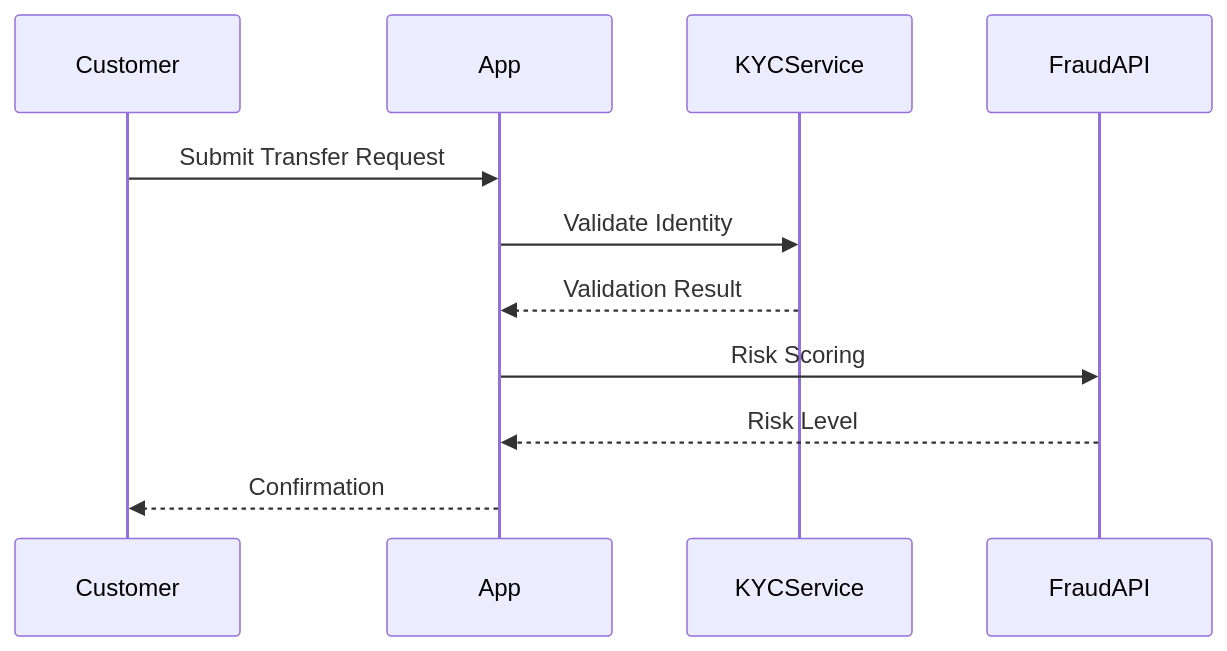
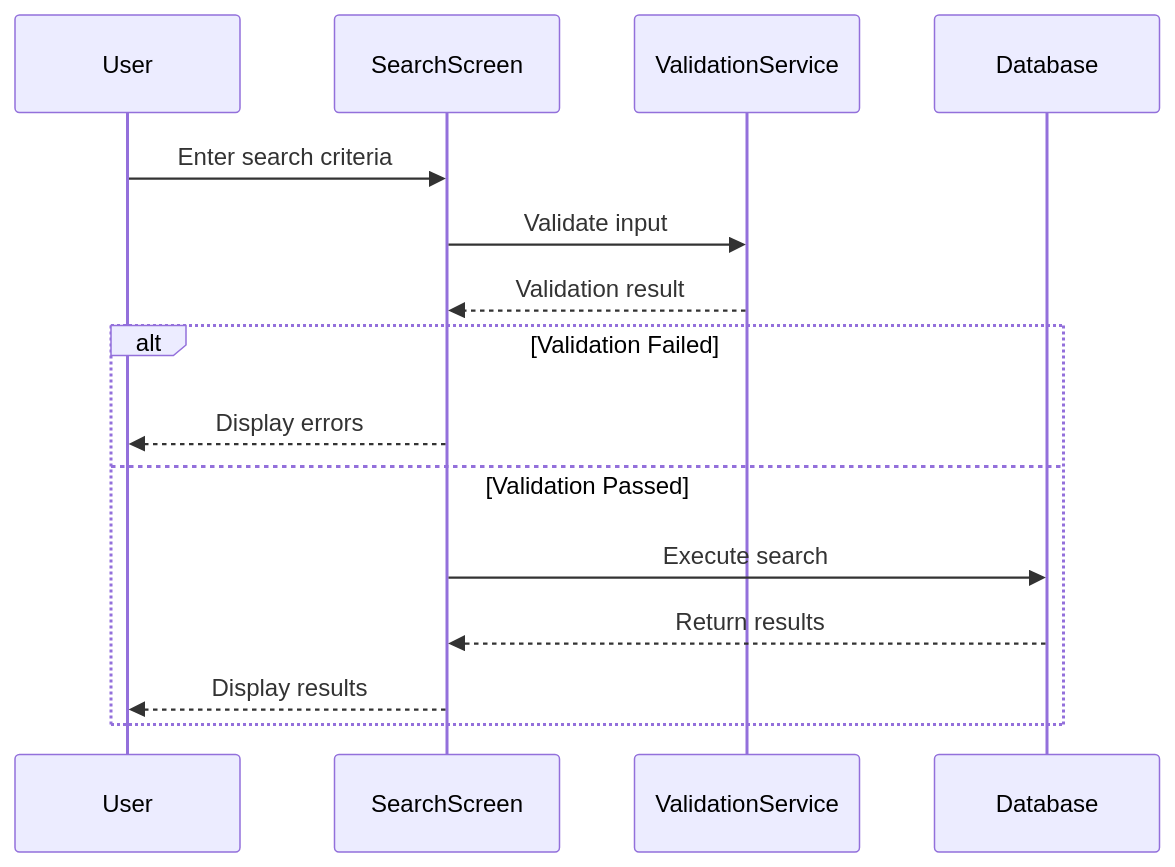
One commit to sumanpapanaboina1983/codesense-ai changed the diagram in backend/src/brd_generator/templates/brd-template.md. Above: the diagram before and after it, drawn with Mermaid. The commit also changed other lines of this file and 32 other files, not shown here.

````diff
--- a/backend/src/brd_generator/templates/brd-template.md
+++ b/backend/src/brd_generator/templates/brd-template.md
@@ -86,14 +170,18 @@
 ```mermaid
 sequenceDiagram
-    participant Customer
-    participant App
-    participant KYCService
-    participant FraudAPI
+    participant User
+    participant SearchScreen
+    participant ValidationService
+    participant Database
 
-    Customer->>App: Submit Transfer Request
-    App->>KYCService: Validate Identity
-    KYCService-->>App: Validation Result
-    App->>FraudAPI: Risk Scoring
-    FraudAPI-->>App: Risk Level
-    App-->>Customer: Confirmation
+    User->>SearchScreen: Enter search criteria
+    SearchScreen->>ValidationService: Validate input
+    ValidationService-->>SearchScreen: Validation result
+    alt Validation Failed
+        SearchScreen-->>User: Display errors
+    else Validation Passed
+        SearchScreen->>Database: Execute search
+        Database-->>SearchScreen: Return results
+        SearchScreen-->>User: Display results
+    end
 ```
````
